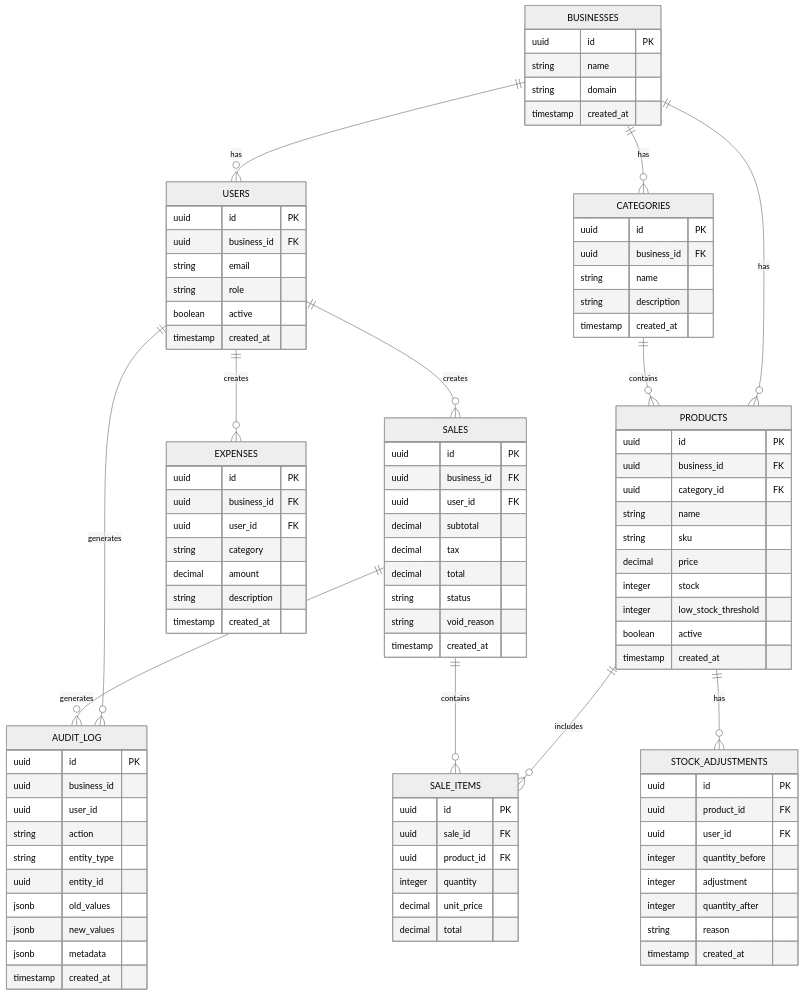
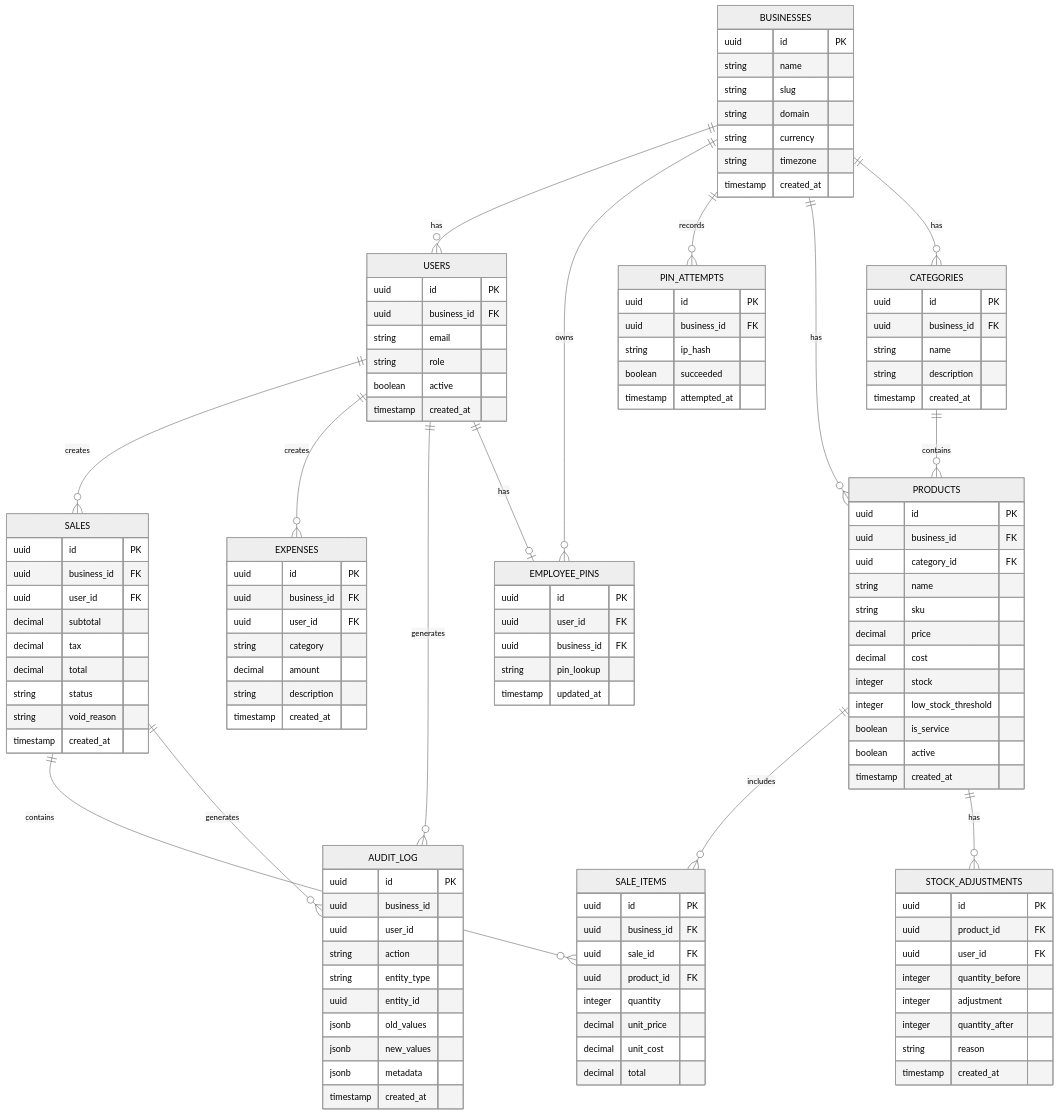
The diagram in apps/rebuild-docs/docs/operations/database.md (Mangolabs-Nic/mangopos), drawn with Mermaid (neutral theme) before and after one commit. The commit also changed other lines of this file and 51 other files, not shown here.

````diff
--- a/apps/rebuild-docs/docs/operations/database.md
+++ b/apps/rebuild-docs/docs/operations/database.md
@@ -12,6 +12,9 @@
     USERS ||--o{ SALES : creates
     USERS ||--o{ EXPENSES : creates
     USERS ||--o{ AUDIT_LOG : generates
+    USERS ||--o| EMPLOYEE_PINS : has
+    BUSINESSES ||--o{ EMPLOYEE_PINS : owns
+    BUSINESSES ||--o{ PIN_ATTEMPTS : records
     BUSINESSES ||--o{ PRODUCTS : has
     BUSINESSES ||--o{ CATEGORIES : has
     CATEGORIES ||--o{ PRODUCTS : contains
@@ -23,7 +26,10 @@
     BUSINESSES {
         uuid id PK
         string name
+        string slug
         string domain
+        string currency
+        string timezone
         timestamp created_at
     }
 
@@ -43,8 +49,10 @@
         string name
         string sku
         decimal price
+        decimal cost
         integer stock
         integer low_stock_threshold
+        boolean is_service
         boolean active
         timestamp created_at
     }
@@ -71,10 +79,12 @@
 
     SALE_ITEMS {
         uuid id PK
+        uuid business_id FK
         uuid sale_id FK
         uuid product_id FK
         integer quantity
         decimal unit_price
+        decimal unit_cost
         decimal total
     }
 
@@ -111,4 +121,20 @@
         jsonb metadata
         timestamp created_at
     }
+
+    EMPLOYEE_PINS {
+        uuid id PK
+        uuid user_id FK
+        uuid business_id FK
+        string pin_lookup
+        timestamp updated_at
+    }
+
+    PIN_ATTEMPTS {
+        uuid id PK
+        uuid business_id FK
+        string ip_hash
+        boolean succeeded
+        timestamp attempted_at
+    }
 ```
````
